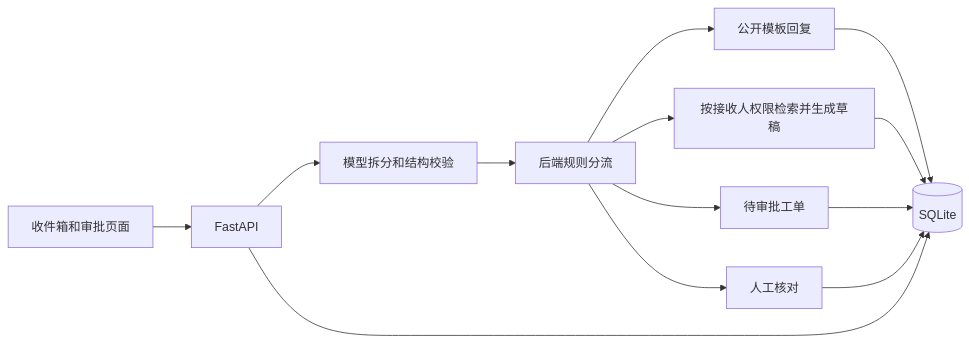
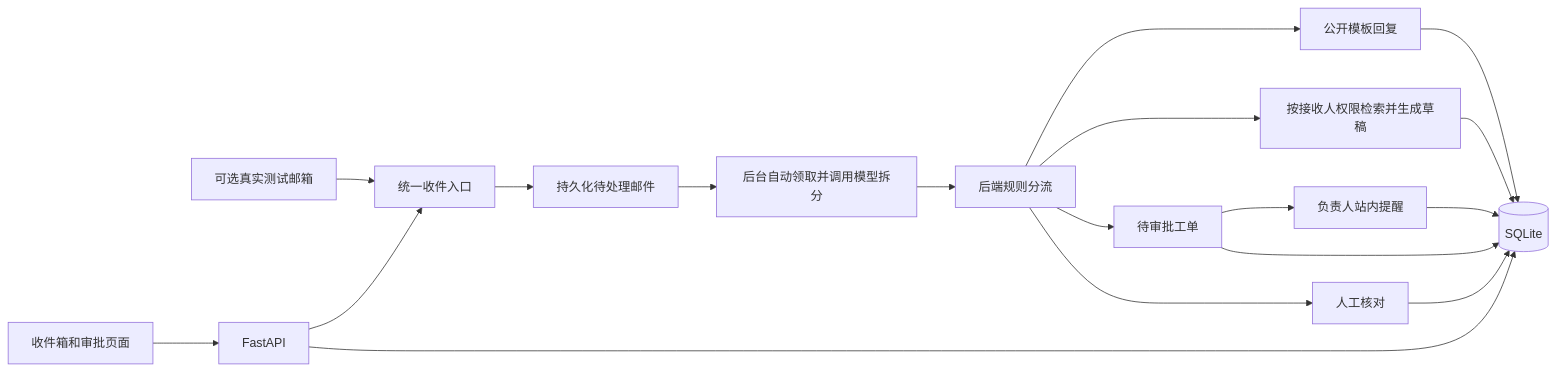
One commit to Stevenhh7/SC6105-Software-Engineering changed the diagram in InboxFlow.md. Above: the diagram before and after it, drawn with Mermaid. The commit also changed other lines of this file, not shown here.

````diff
--- a/InboxFlow.md
+++ b/InboxFlow.md
@@ -39,15 +41,20 @@
 ```mermaid
 flowchart LR
     UI[收件箱和审批页面] --> API[FastAPI]
-    API --> Split[模型拆分和结构校验]
+    Mail[可选真实测试邮箱] --> In[统一收件入口]
+    API --> In
+    In --> Queue[持久化待处理邮件]
+    Queue --> Split[后台自动领取并调用模型拆分]
     Split --> Route[后端规则分流]
     Route --> Template[公开模板回复]
     Route --> KB[按接收人权限检索并生成草稿]
     Route --> Ticket[待审批工单]
     Route --> Review[人工核对]
     Template --> DB[(SQLite)]
     KB --> DB
+    Ticket --> Notify[负责人站内提醒]
+    Notify --> DB
     Ticket --> DB
     Review --> DB
     API --> DB
 ```
````
